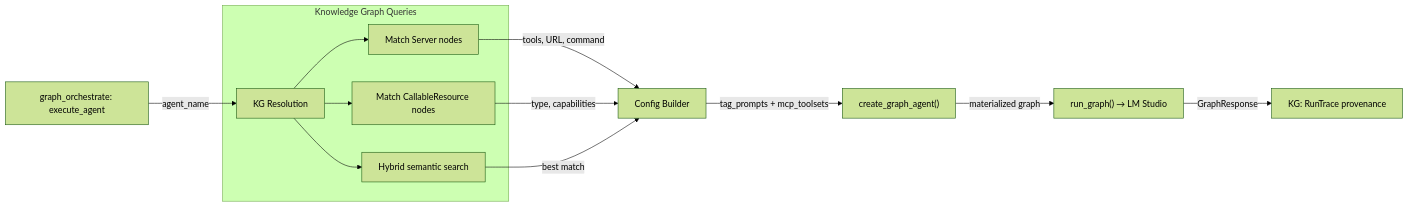
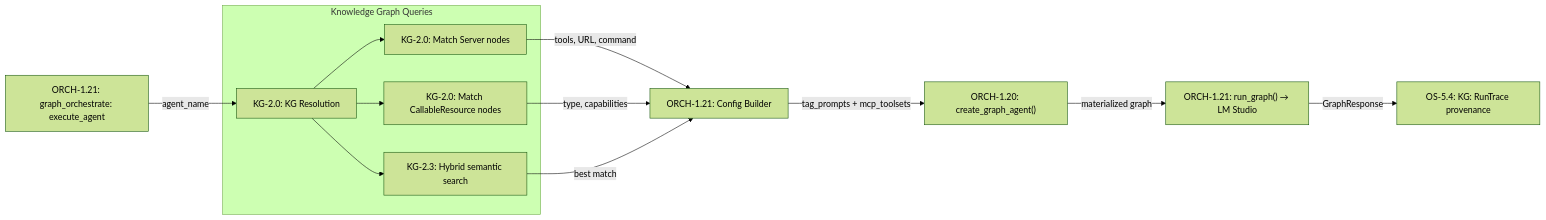
Before and after one commit to Knuckles-Team/agent-utilities: the diagram in docs/pillars/1_graph_orchestration/ORCH-1.21-Agent_Runner.md, drawn with Mermaid (forest theme). The commit also changed other lines of this file and 325 other files, not shown here.

````diff
--- a/docs/pillars/1_graph_orchestration/ORCH-1.21-Agent_Runner.md
+++ b/docs/pillars/1_graph_orchestration/ORCH-1.21-Agent_Runner.md
@@ -23,17 +23,17 @@
 ```mermaid
 flowchart LR
-    CMD["graph_orchestrate: execute_agent"] -->|"agent_name"| RESOLVE["KG Resolution"]
+    CMD["ORCH-1.21: graph_orchestrate: execute_agent"] -->|"agent_name"| RESOLVE["KG-2.0: KG Resolution"]
 
     subgraph KG ["Knowledge Graph Queries"]
-        RESOLVE --> SRV["Match Server nodes"]
-        RESOLVE --> RES["Match CallableResource nodes"]
-        RESOLVE --> SEM["Hybrid semantic search"]
+        RESOLVE --> SRV["KG-2.0: Match Server nodes"]
+        RESOLVE --> RES["KG-2.0: Match CallableResource nodes"]
+        RESOLVE --> SEM["KG-2.3: Hybrid semantic search"]
     end
 
-    SRV -->|"tools, URL, command"| CONFIG["Config Builder"]
+    SRV -->|"tools, URL, command"| CONFIG["ORCH-1.21: Config Builder"]
     RES -->|"type, capabilities"| CONFIG
     SEM -->|"best match"| CONFIG
-    CONFIG -->|"tag_prompts + mcp_toolsets"| GRAPH["create_graph_agent()"]
-    GRAPH -->|"materialized graph"| RUN["run_graph() → LM Studio"]
-    RUN -->|"GraphResponse"| TRACE["KG: RunTrace provenance"]
+    CONFIG -->|"tag_prompts + mcp_toolsets"| GRAPH["ORCH-1.20: create_graph_agent()"]
+    GRAPH -->|"materialized graph"| RUN["ORCH-1.21: run_graph() → LM Studio"]
+    RUN -->|"GraphResponse"| TRACE["OS-5.4: KG: RunTrace provenance"]
 ```
````
